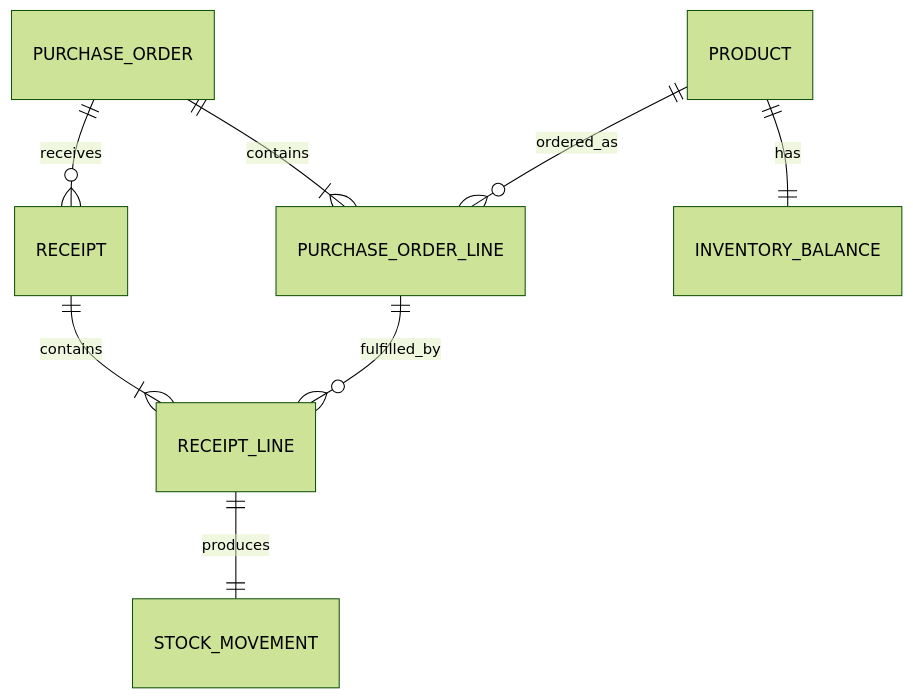
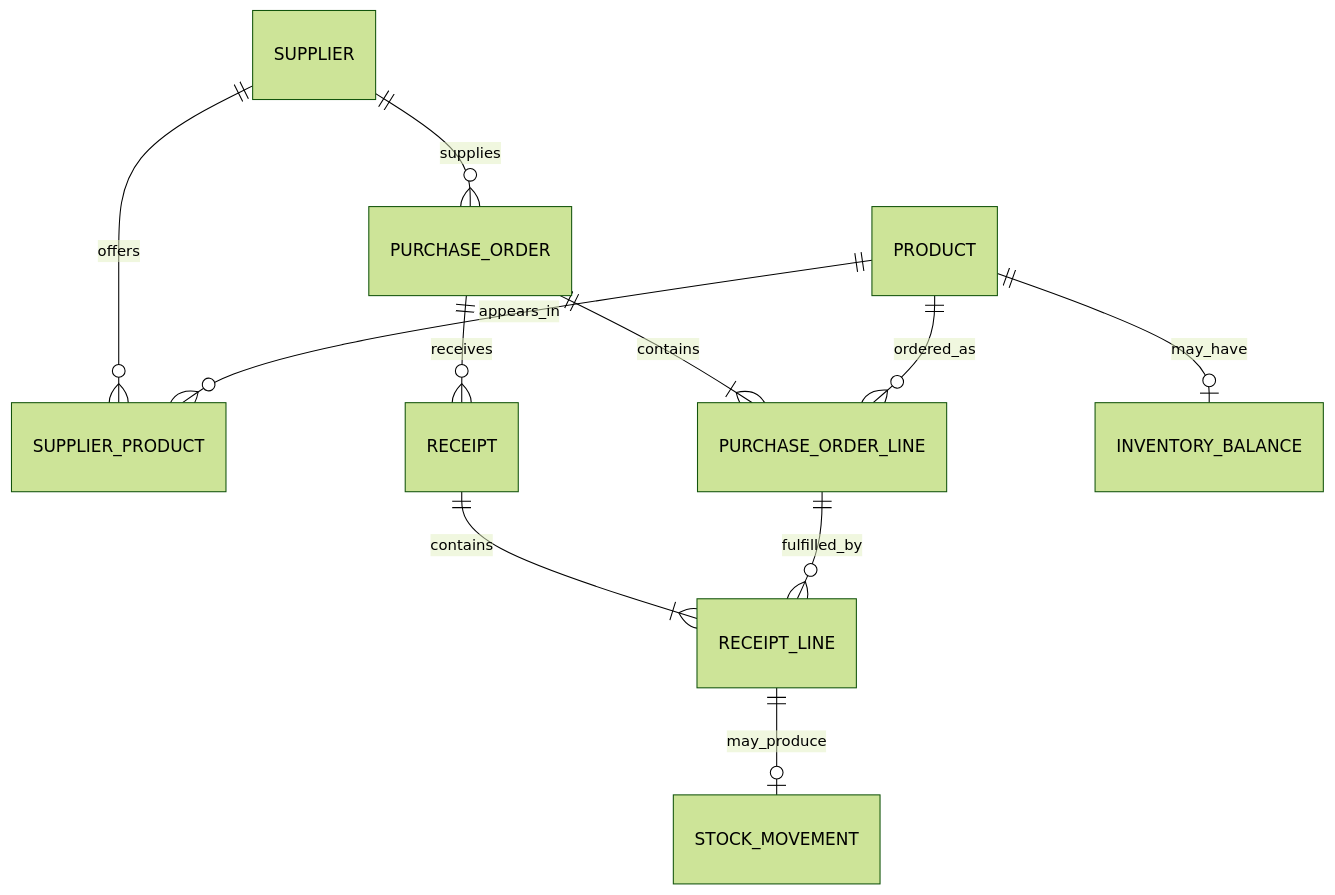
Before and after one commit to AriesMaster/StockPurchaseOrderBackend: the diagram in docs/database-design.md, drawn with Mermaid (forest theme). The commit also changed other lines of this file and 8 other files, not shown here.

Commit message:
Update public StockFlow guides with the implemented draft-order workflow

````diff
--- a/docs/database-design.md
+++ b/docs/database-design.md
@@ -7,11 +22,13 @@
 ```mermaid
 erDiagram
-    direction TB
+    SUPPLIER ||--o{ PURCHASE_ORDER : supplies
+    SUPPLIER ||--o{ SUPPLIER_PRODUCT : offers
+    PRODUCT ||--o{ SUPPLIER_PRODUCT : appears_in
     PURCHASE_ORDER ||--|{ PURCHASE_ORDER_LINE : contains
     PRODUCT ||--o{ PURCHASE_ORDER_LINE : ordered_as
     PURCHASE_ORDER ||--o{ RECEIPT : receives
     RECEIPT ||--|{ RECEIPT_LINE : contains
     PURCHASE_ORDER_LINE ||--o{ RECEIPT_LINE : fulfilled_by
-    PRODUCT ||--|| INVENTORY_BALANCE : has
-    RECEIPT_LINE ||--|| STOCK_MOVEMENT : produces
+    PRODUCT ||--o| INVENTORY_BALANCE : may_have
+    RECEIPT_LINE ||--o| STOCK_MOVEMENT : may_produce
 ```
````
